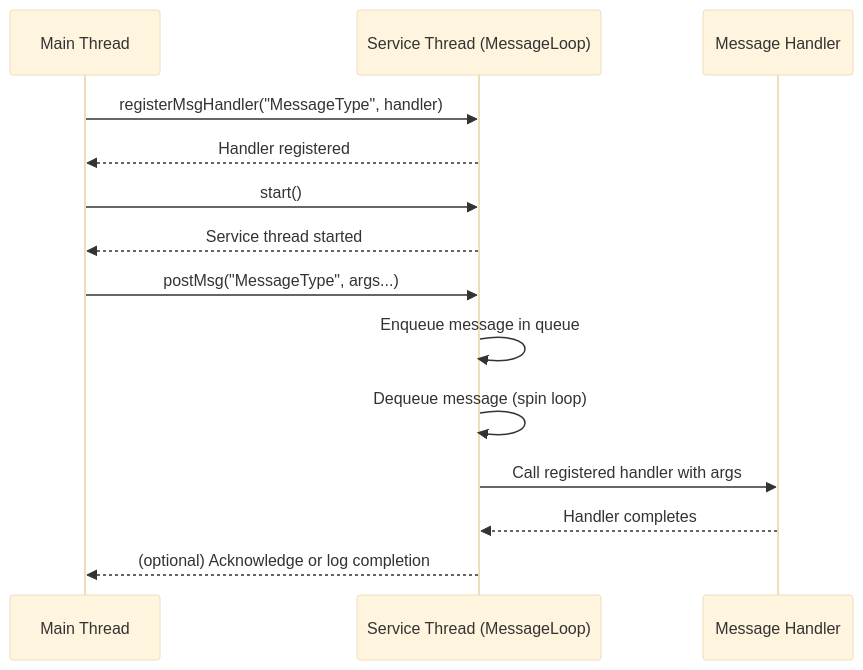
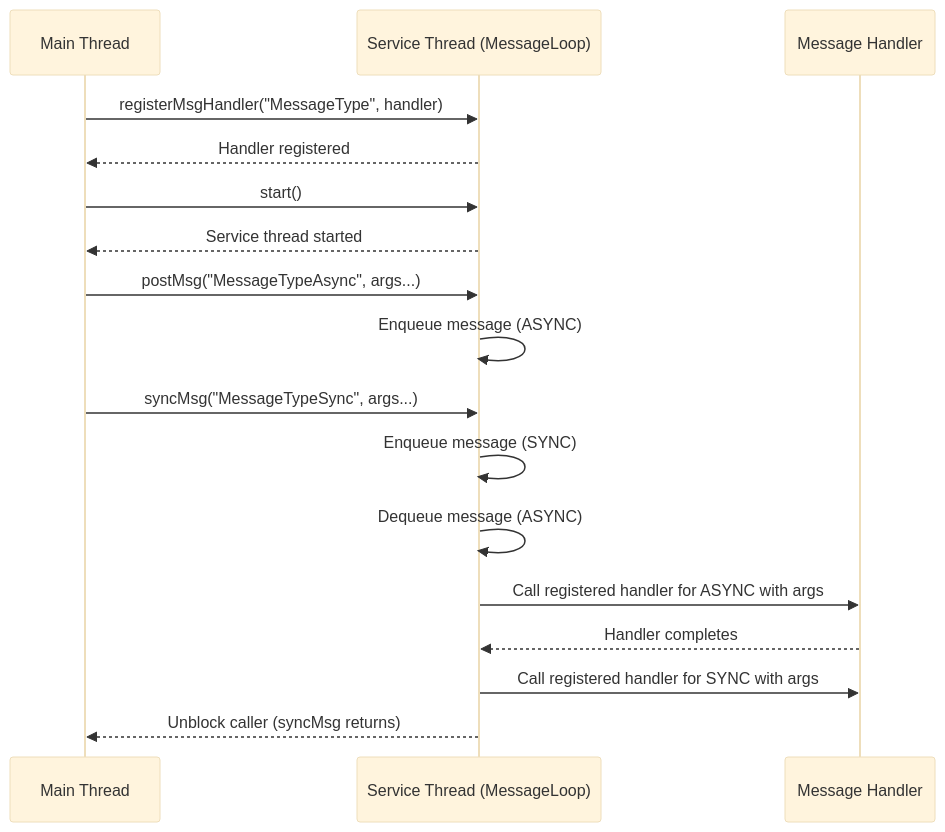
The diagram in docs/architecture_design.md (manojijthadani/chirp), drawn with Mermaid (base theme) before and after one commit. The commit also changed other lines of this file and 12 other files, not shown here.

Commit message:
implemented sync message calls

````diff
--- a/docs/architecture_design.md
+++ b/docs/architecture_design.md
@@ -93,17 +93,20 @@
 ```mermaid
 sequenceDiagram
     participant MainThread as Main Thread
     participant ServiceThread as Service Thread (MessageLoop)
     participant Handler as Message Handler
 
     MainThread->>ServiceThread: registerMsgHandler("MessageType", handler)
     ServiceThread-->>MainThread: Handler registered
     MainThread->>ServiceThread: start()
     ServiceThread-->>MainThread: Service thread started
-    MainThread->>ServiceThread: postMsg("MessageType", args...)
-    ServiceThread->>ServiceThread: Enqueue message in queue
-    ServiceThread->>ServiceThread: Dequeue message (spin loop)
-    ServiceThread->>Handler: Call registered handler with args
+    MainThread->>ServiceThread: postMsg("MessageTypeAsync", args...)
+    ServiceThread->>ServiceThread: Enqueue message (ASYNC)
+    MainThread->>ServiceThread: syncMsg("MessageTypeSync", args...)
+    ServiceThread->>ServiceThread: Enqueue message (SYNC)
+    ServiceThread->>ServiceThread: Dequeue message (ASYNC)
+    ServiceThread->>Handler: Call registered handler for ASYNC with args
     Handler-->>ServiceThread: Handler completes
-    ServiceThread-->>MainThread: (optional) Acknowledge or log completion
+    ServiceThread->>Handler: Call registered handler for SYNC with args
+    ServiceThread-->>MainThread: Unblock caller (syncMsg returns)
 ```
````
